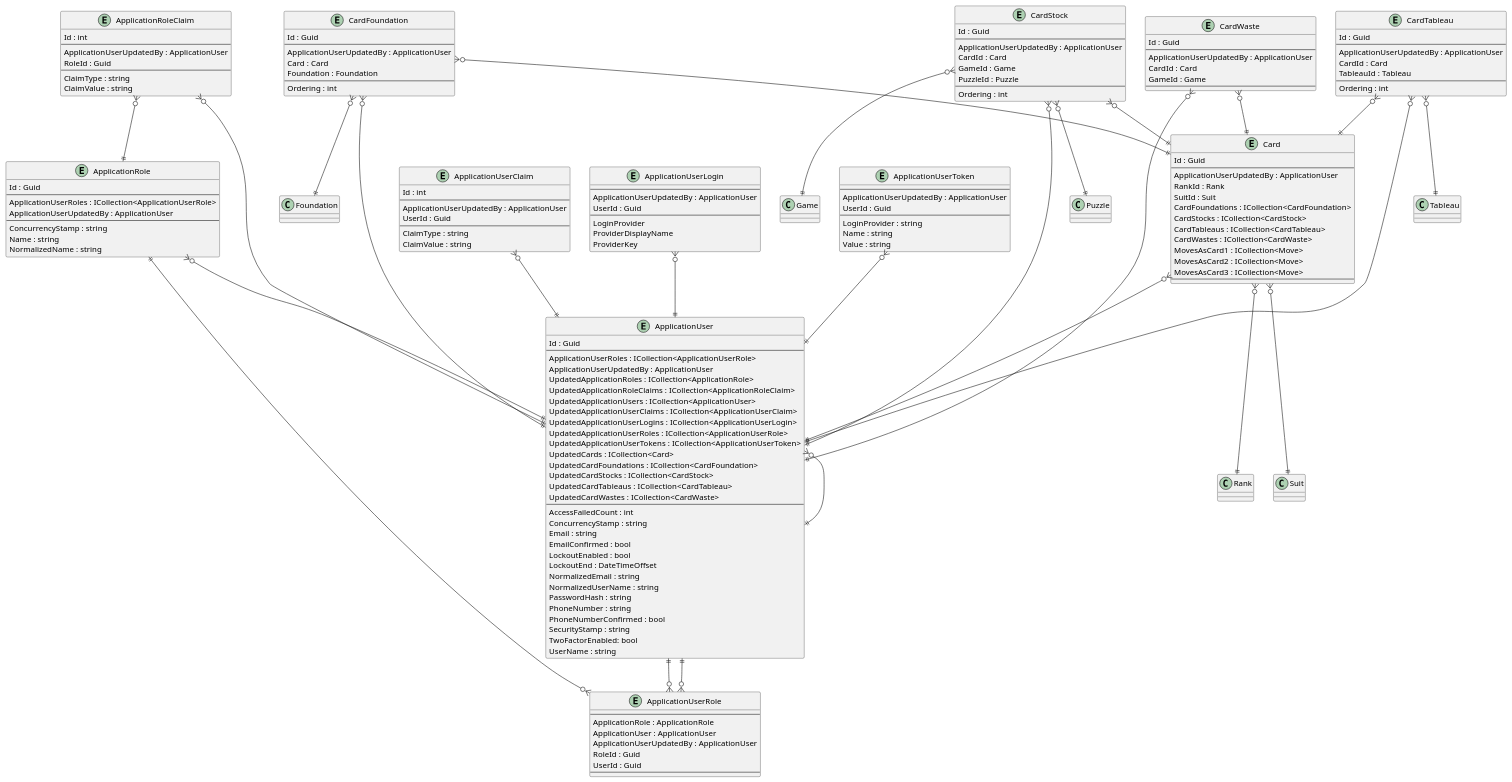
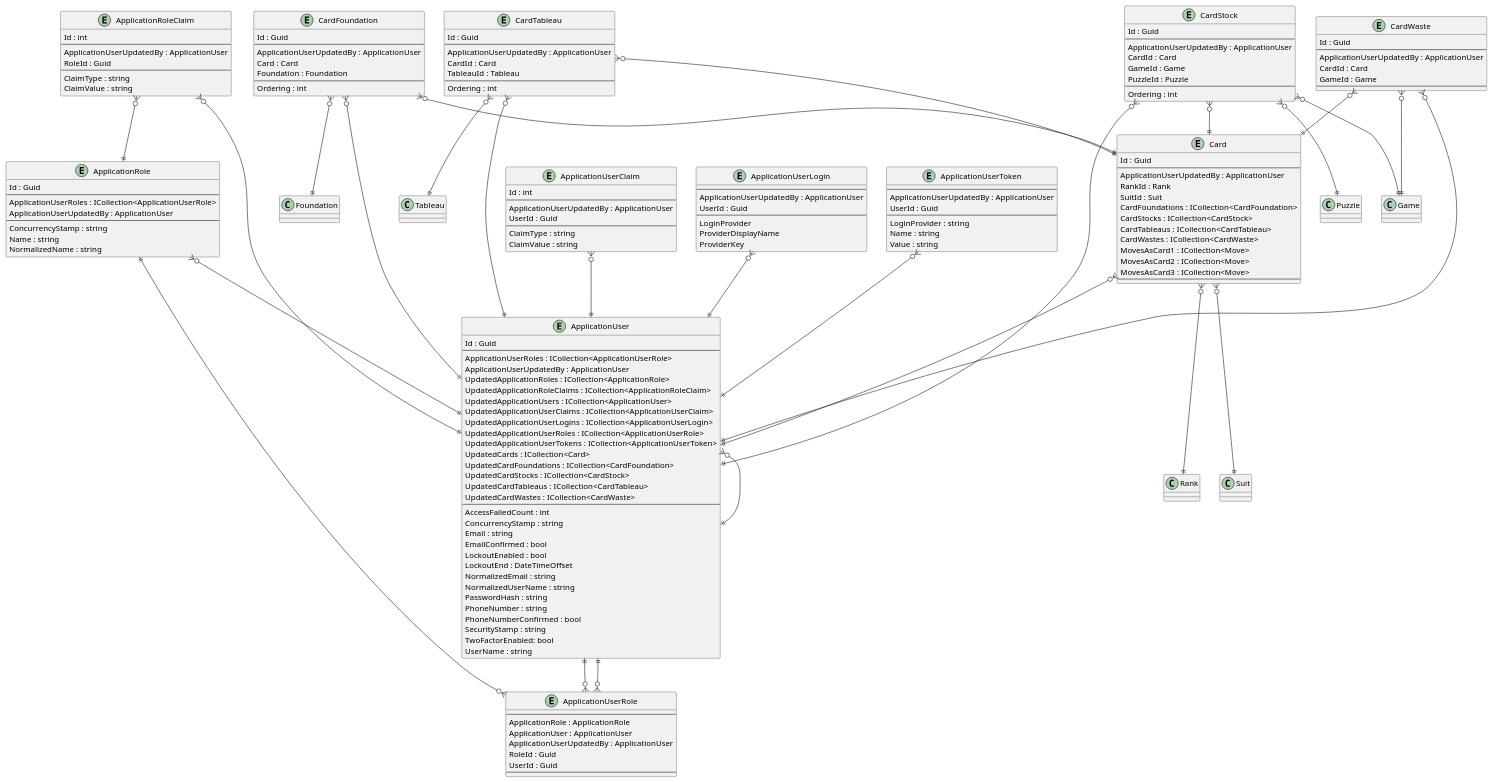
One commit to intrepion/intrepion_klondike-solitaire_csharp changed the diagram in .docs/Intrepion.KlondikeSolitaire.pu. Above: the diagram before and after it, drawn with PlantUML.

```diff
--- a/.docs/Intrepion.KlondikeSolitaire.pu
+++ b/.docs/Intrepion.KlondikeSolitaire.pu
@@ -1,195 +1,196 @@
 @startuml
 
 entity ApplicationRole {
     Id : Guid
     --
     ApplicationUserRoles : ICollection<ApplicationUserRole>
     ApplicationUserUpdatedBy : ApplicationUser
     --
     ConcurrencyStamp : string
     Name : string
     NormalizedName : string
 }
 
 entity ApplicationRoleClaim {
     Id : int
     --
     ApplicationUserUpdatedBy : ApplicationUser
     RoleId : Guid
     --
     ClaimType : string
     ClaimValue : string
 }
 
 entity ApplicationUser {
     Id : Guid
     --
     ApplicationUserRoles : ICollection<ApplicationUserRole>
     ApplicationUserUpdatedBy : ApplicationUser
     UpdatedApplicationRoles : ICollection<ApplicationRole>
     UpdatedApplicationRoleClaims : ICollection<ApplicationRoleClaim>
     UpdatedApplicationUsers : ICollection<ApplicationUser>
     UpdatedApplicationUserClaims : ICollection<ApplicationUserClaim>
     UpdatedApplicationUserLogins : ICollection<ApplicationUserLogin>
     UpdatedApplicationUserRoles : ICollection<ApplicationUserRole>
     UpdatedApplicationUserTokens : ICollection<ApplicationUserToken>
     UpdatedCards : ICollection<Card>
     UpdatedCardFoundations : ICollection<CardFoundation>
     UpdatedCardStocks : ICollection<CardStock>
     UpdatedCardTableaus : ICollection<CardTableau>
     UpdatedCardWastes : ICollection<CardWaste>
     ' ApplicationUserKeyCodePlaceholder
     --
     AccessFailedCount : int
     ConcurrencyStamp : string
     Email : string
     EmailConfirmed : bool
     LockoutEnabled : bool
     LockoutEnd : DateTimeOffset
     NormalizedEmail : string
     NormalizedUserName : string
     PasswordHash : string
     PhoneNumber : string
     PhoneNumberConfirmed : bool
     SecurityStamp : string
     TwoFactorEnabled: bool
     UserName : string
 }
 
 entity ApplicationUserClaim {
     Id : int
     --
     ApplicationUserUpdatedBy : ApplicationUser
     UserId : Guid
     --
     ClaimType : string
     ClaimValue : string
 }
 
 entity ApplicationUserLogin {
     --
     ApplicationUserUpdatedBy : ApplicationUser
     UserId : Guid
     --
     LoginProvider
     ProviderDisplayName
     ProviderKey
 }
 
 entity ApplicationUserRole {
     --
     ApplicationRole : ApplicationRole
     ApplicationUser : ApplicationUser
     ApplicationUserUpdatedBy : ApplicationUser
     RoleId : Guid
     UserId : Guid
     --
 }
 
 entity ApplicationUserToken {
     --
     ApplicationUserUpdatedBy : ApplicationUser
     UserId : Guid
     --
     LoginProvider : string
     Name : string
     Value : string
 }
 
 entity Card {
     Id : Guid
     --
     ApplicationUserUpdatedBy : ApplicationUser
     RankId : Rank
     SuitId : Suit
     CardFoundations : ICollection<CardFoundation>
     CardStocks : ICollection<CardStock>
     CardTableaus : ICollection<CardTableau>
     CardWastes : ICollection<CardWaste>
     MovesAsCard1 : ICollection<Move>
     MovesAsCard2 : ICollection<Move>
     MovesAsCard3 : ICollection<Move>
     ' CardKeyCodePlaceholder
     --
     ' CardPropertyCodePlaceholder
 }
 
 entity CardFoundation {
     Id : Guid
     --
     ApplicationUserUpdatedBy : ApplicationUser
     Card : Card
     Foundation : Foundation
     ' CardFoundationKeyCodePlaceholder
     --
     Ordering : int
     ' CardFoundationPropertyCodePlaceholder
 }
 
 entity CardStock {
     Id : Guid
     --
     ApplicationUserUpdatedBy : ApplicationUser
     CardId : Card
     GameId : Game
     PuzzleId : Puzzle
     ' CardStockKeyCodePlaceholder
     --
     Ordering : int
     ' CardStockPropertyCodePlaceholder
 }
 
 entity CardTableau {
     Id : Guid
     --
     ApplicationUserUpdatedBy : ApplicationUser
     CardId : Card
     TableauId : Tableau
     ' CardTableauKeyCodePlaceholder
     --
     Ordering : int
     ' CardTableauPropertyCodePlaceholder
 }
 
 entity CardWaste {
     Id : Guid
     --
     ApplicationUserUpdatedBy : ApplicationUser
     CardId : Card
     GameId : Game
     ' CardWasteKeyCodePlaceholder
     --
     ' CardWastePropertyCodePlaceholder
 }
 
 ' EntityCodePlaceholder
 
 ApplicationRole ||--o{ ApplicationUserRole
 ApplicationRole }o--|| ApplicationUser
 ApplicationRoleClaim }o--|| ApplicationRole
 ApplicationRoleClaim }o--|| ApplicationUser
 ApplicationUser }o--|| ApplicationUser
 ApplicationUser ||--o{ ApplicationUserRole
 ApplicationUserClaim }o--|| ApplicationUser
 ApplicationUserLogin }o--|| ApplicationUser
 ApplicationUserRole }o--|| ApplicationUser
 ApplicationUserToken }o--|| ApplicationUser
 
 Card }o--|| ApplicationUser
 Card }o--|| Rank
 Card }o--|| Suit
 CardFoundation }o--|| ApplicationUser
 CardFoundation }o--|| Card
 CardFoundation }o--|| Foundation
 CardStock }o--|| ApplicationUser
 CardStock }o--|| Card
 CardStock }o--|| Game
 CardStock }o--|| Puzzle
 CardTableau }o--|| ApplicationUser
 CardTableau }o--|| Card
 CardTableau }o--|| Tableau
 CardWaste }o--|| ApplicationUser
 CardWaste }o--|| Card
+CardWaste }o--|| Game
 ' RelationshipCodePlaceholder
 
 @enduml
```
